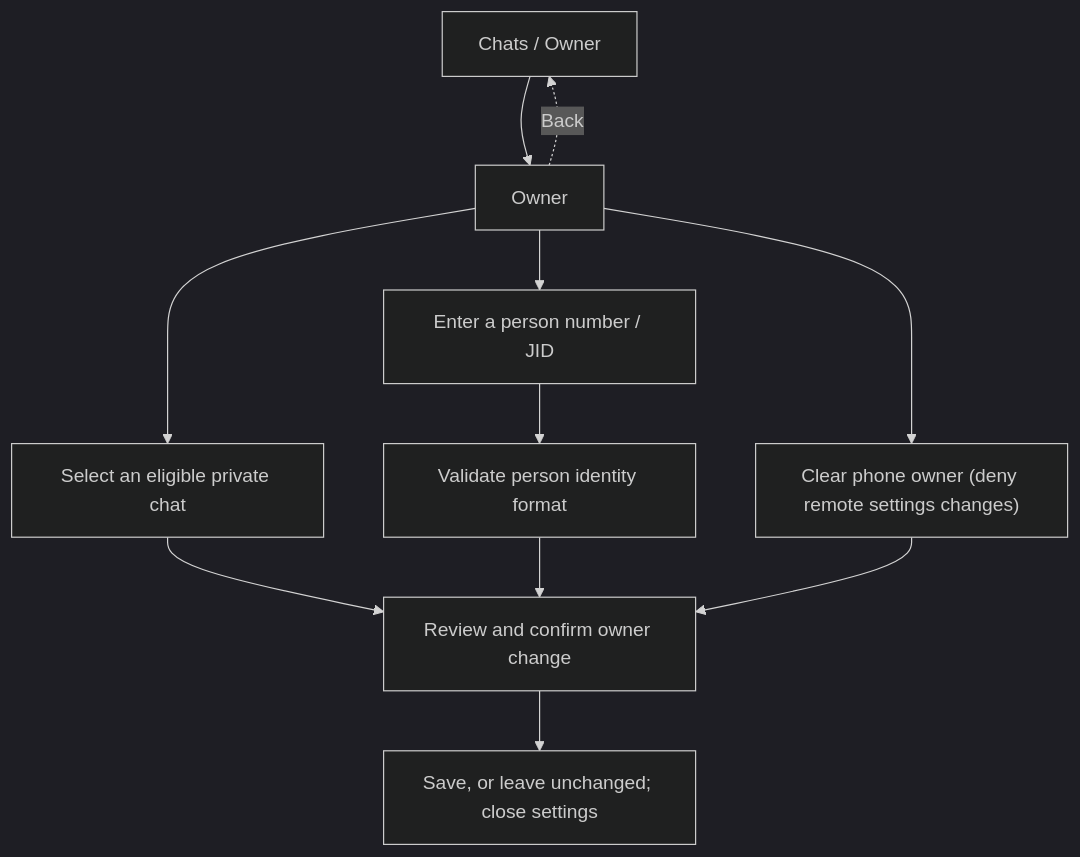
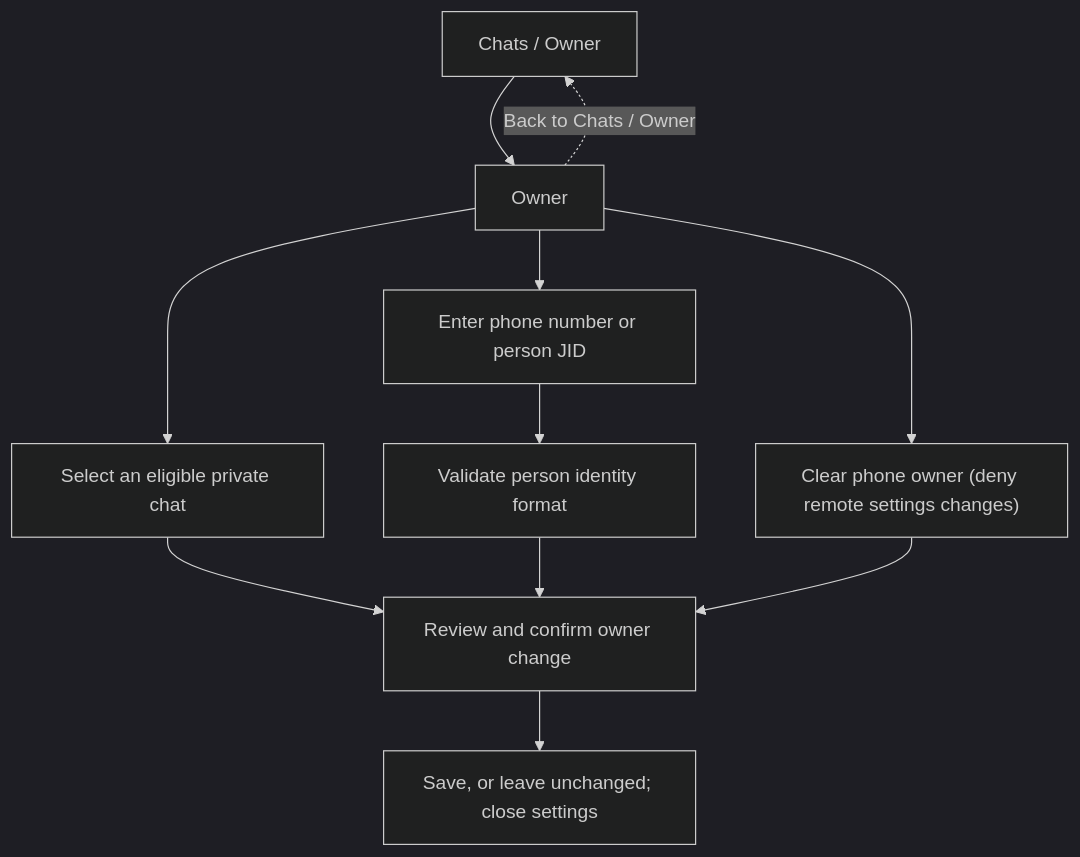
The fourth of 11 diagrams in docs/menu-diagrams.md (jagaliano/whatsapp-ng), drawn with Mermaid (dark theme) before and after one commit. The commit also changed other lines of this file and 33 other files, not shown here.

````diff
--- a/docs/menu-diagrams.md
+++ b/docs/menu-diagrams.md
@@ -102,13 +103,13 @@
 ```mermaid
 flowchart TB
     Chats["Chats / Owner"] --> Owner["Owner"]
     Owner --> Known["Select an eligible private chat"]
-    Owner --> Manual["Enter a person number / JID"]
+    Owner --> Manual["Enter phone number or person JID"]
     Owner --> Clear["Clear phone owner (deny remote settings changes)"]
     Known --> Confirm["Review and confirm owner change"]
     Manual --> Validate["Validate person identity format"]
     Validate --> Confirm
     Clear --> Confirm
     Confirm --> Finish["Save, or leave unchanged; close settings"]
-    Owner -. "Back" .-> Chats
+    Owner -. "Back to Chats / Owner" .-> Chats
 ```
````
